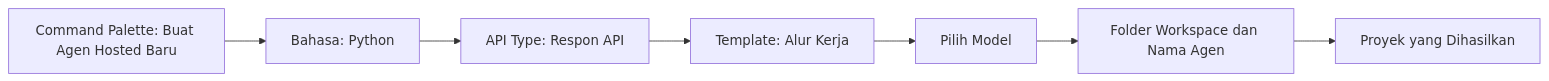
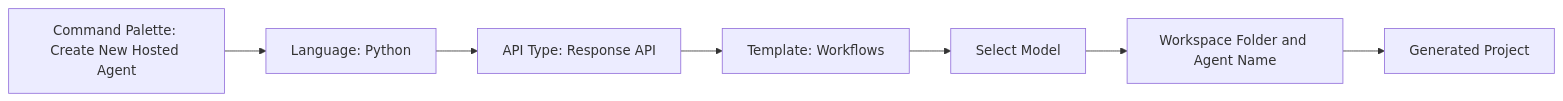
The diagram in translations/id/workshop/lab02-multi-agent/docs/02-scaffold-multi-agent.md (microsoft-foundry/Foundry_Toolkit_for_VSCode_Lab), drawn with Mermaid before and after one commit. The commit also changed other lines of this file and 73 other files, not shown here.

````diff
--- a/translations/id/workshop/lab02-multi-agent/docs/02-scaffold-multi-agent.md
+++ b/translations/id/workshop/lab02-multi-agent/docs/02-scaffold-multi-agent.md
@@ -13,9 +13,9 @@
 ```mermaid
 flowchart LR
-    A[Command Palette: Buat Agen Hosted Baru] --> B[Bahasa: Python]
-    B --> C[API Type: Respon API]
-    C --> D[Template: Alur Kerja]
-    D --> E[Pilih Model]
-    E --> F[Folder Workspace dan Nama Agen]
-    F --> G[Proyek yang Dihasilkan]
+    A[Command Palette: Create New Hosted Agent] --> B[Language: Python]
+    B --> C[API Type: Response API]
+    C --> D[Template: Workflows]
+    D --> E[Select Model]
+    E --> F[Workspace Folder and Agent Name]
+    F --> G[Generated Project]
 ```
````
